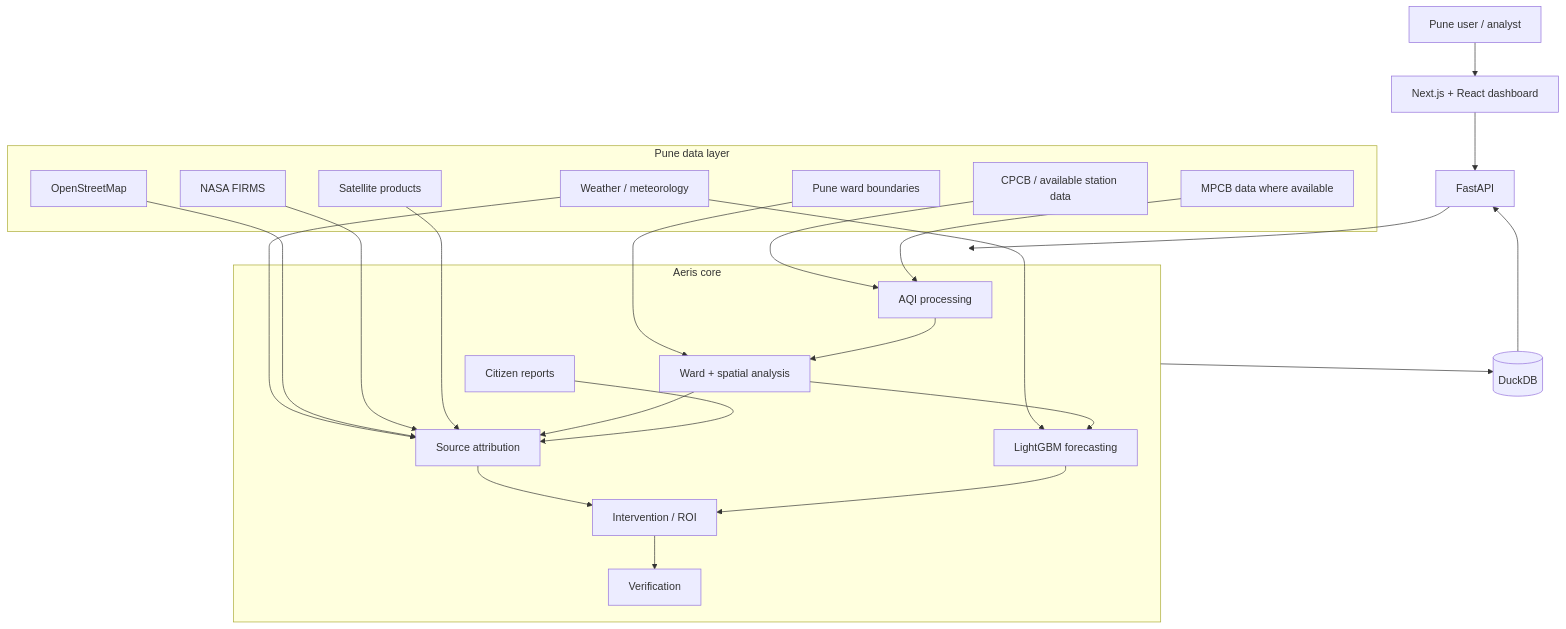
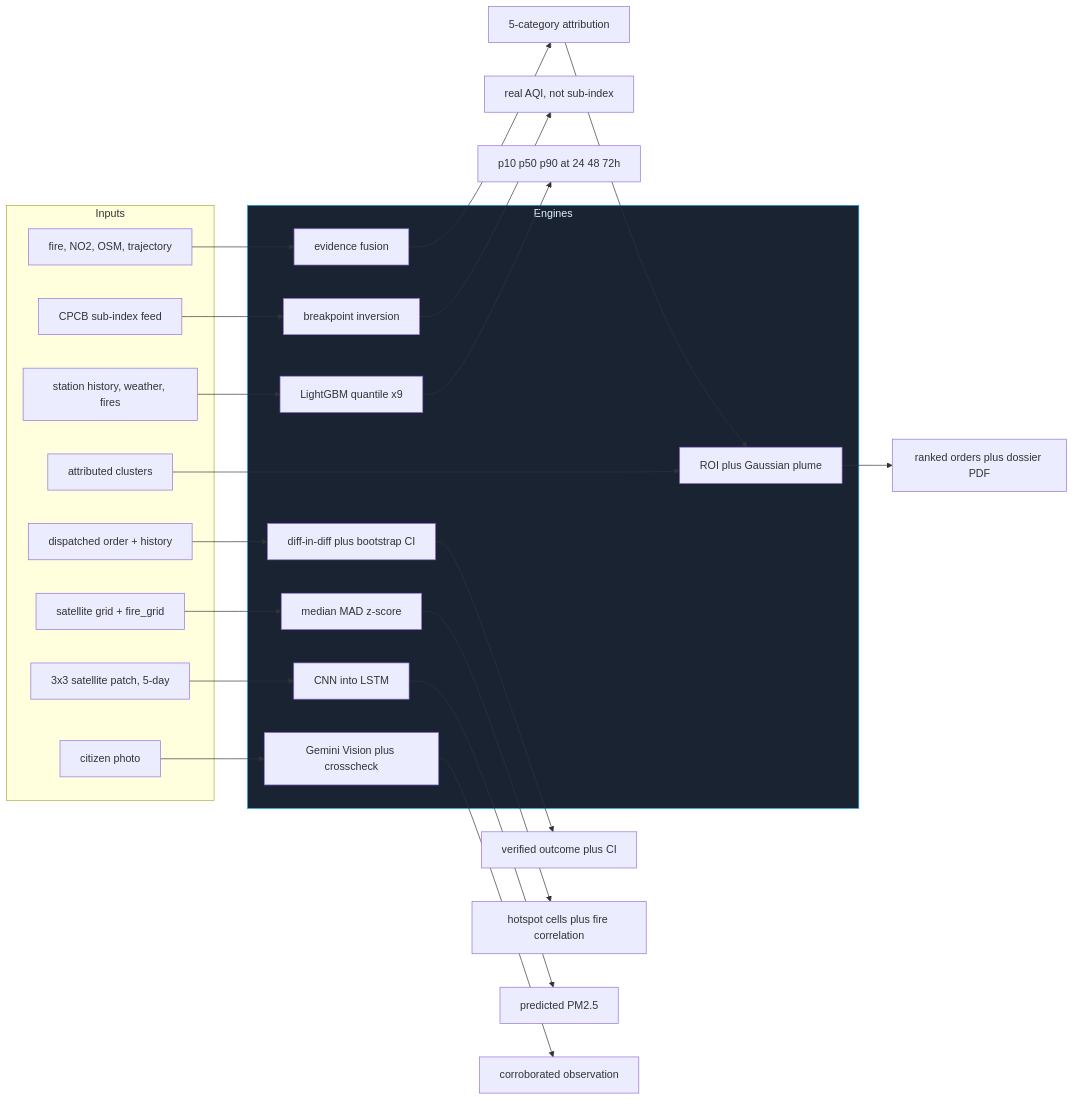
Before and after one commit to ashoka0402/final_year_project: the fourth of 5 diagrams in README.md, drawn with Mermaid. The commit also changed other lines of this file, not shown here.

Commit message:
docs: retain detailed README with Pune-focused Aeris content

````diff
--- a/README.md
+++ b/README.md
@@ -97,46 +319,34 @@
 ```mermaid
-flowchart TB
-    U["Pune user / analyst"] --> W["Next.js + React dashboard"]
+flowchart LR
+    subgraph inputs["Inputs"]
+        I1["CPCB sub-index feed"]
+        I2["station history, weather, fires"]
+        I3["fire, NO2, OSM, trajectory"]
+        I4["attributed clusters"]
+        I5["dispatched order + history"]
+        I6["satellite grid + fire_grid"]
+        I7["3x3 satellite patch, 5-day"]
+        I8["citizen photo"]
+    end
+    subgraph engines["Engines"]
+        E1["breakpoint inversion"]
+        E2["LightGBM quantile x9"]
+        E3["evidence fusion"]
+        E4["ROI plus Gaussian plume"]
+        E5["diff-in-diff plus bootstrap CI"]
+        E6["median MAD z-score"]
+        E7["CNN into LSTM"]
+        E8["Gemini Vision plus crosscheck"]
+    end
+    I1 --> E1 --> O1["real AQI, not sub-index"]
+    I2 --> E2 --> O2["p10 p50 p90 at 24 48 72h"]
+    I3 --> E3 --> O3["5-category attribution"]
+    O3 --> E4
+    I4 --> E4 --> O4["ranked orders plus dossier PDF"]
+    I5 --> E5 --> O5["verified outcome plus CI"]
+    I6 --> E6 --> O6["hotspot cells plus fire correlation"]
+    I7 --> E7 --> O7["predicted PM2.5"]
+    I8 --> E8 --> O8["corroborated observation"]
 
-    W --> A["FastAPI"]
-    A --> CORE["Aeris core services"]
-
-    subgraph CORE["Aeris core"]
-        AQI["AQI processing"]
-        GEO["Ward + spatial analysis"]
-        FC["LightGBM forecasting"]
-        ATTR["Source attribution"]
-        INT["Intervention / ROI"]
-        CIT["Citizen reports"]
-        VER["Verification"]
-    end
-
-    subgraph DATA["Pune data layer"]
-        CPCB["CPCB / available station data"]
-        MPCB["MPCB data where available"]
-        WX["Weather / meteorology"]
-        OSM["OpenStreetMap"]
-        FIRE["NASA FIRMS"]
-        SAT["Satellite products"]
-        WARD["Pune ward boundaries"]
-    end
-
-    CPCB --> AQI
-    MPCB --> AQI
-    WX --> FC
-    WX --> ATTR
-    OSM --> ATTR
-    FIRE --> ATTR
-    SAT --> ATTR
-    WARD --> GEO
-    AQI --> GEO
-    GEO --> FC
-    GEO --> ATTR
-    ATTR --> INT
-    FC --> INT
-    CIT --> ATTR
-    INT --> VER
-
-    CORE --> DB[("DuckDB")]
-    DB --> A
+    style engines fill:#1a2332,stroke:#0ea5e9,color:#e0f2fe
 ```
````
